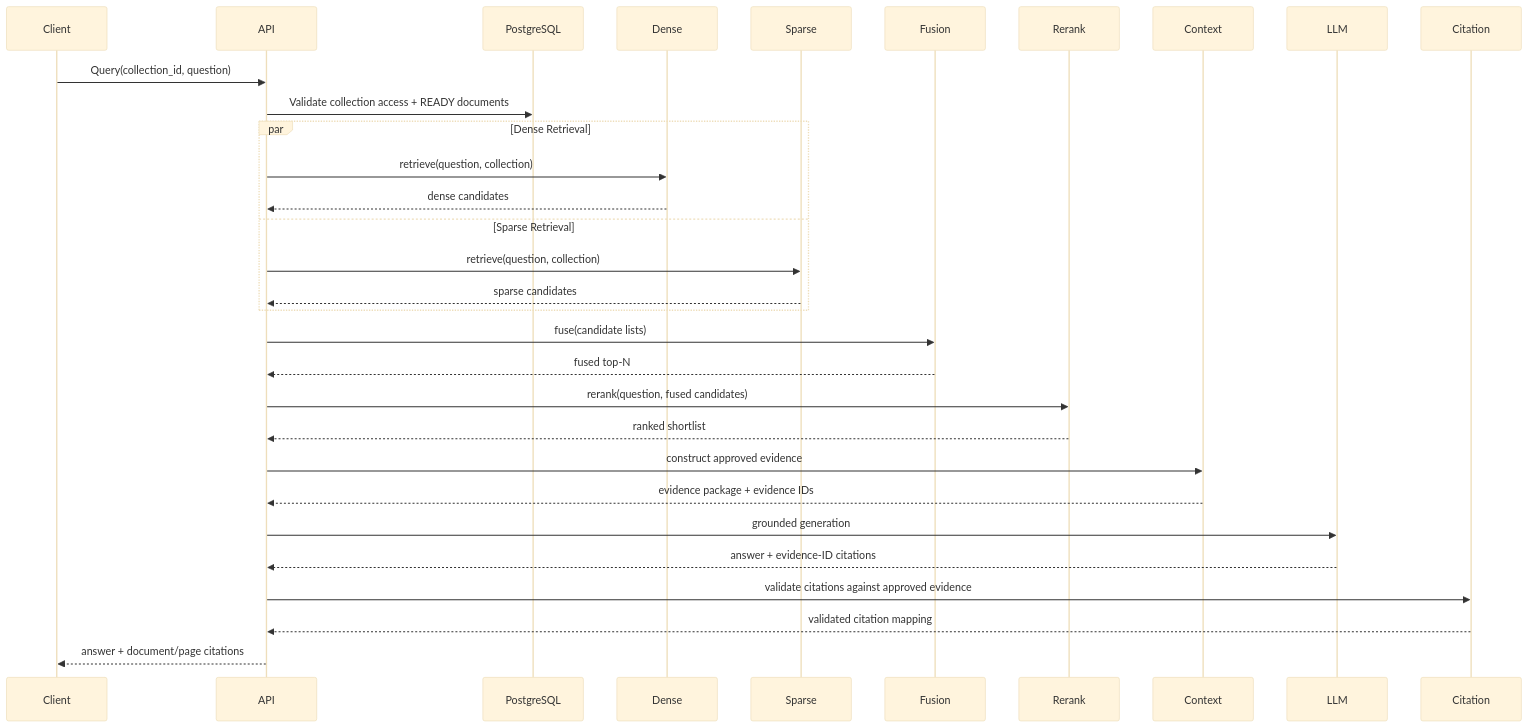
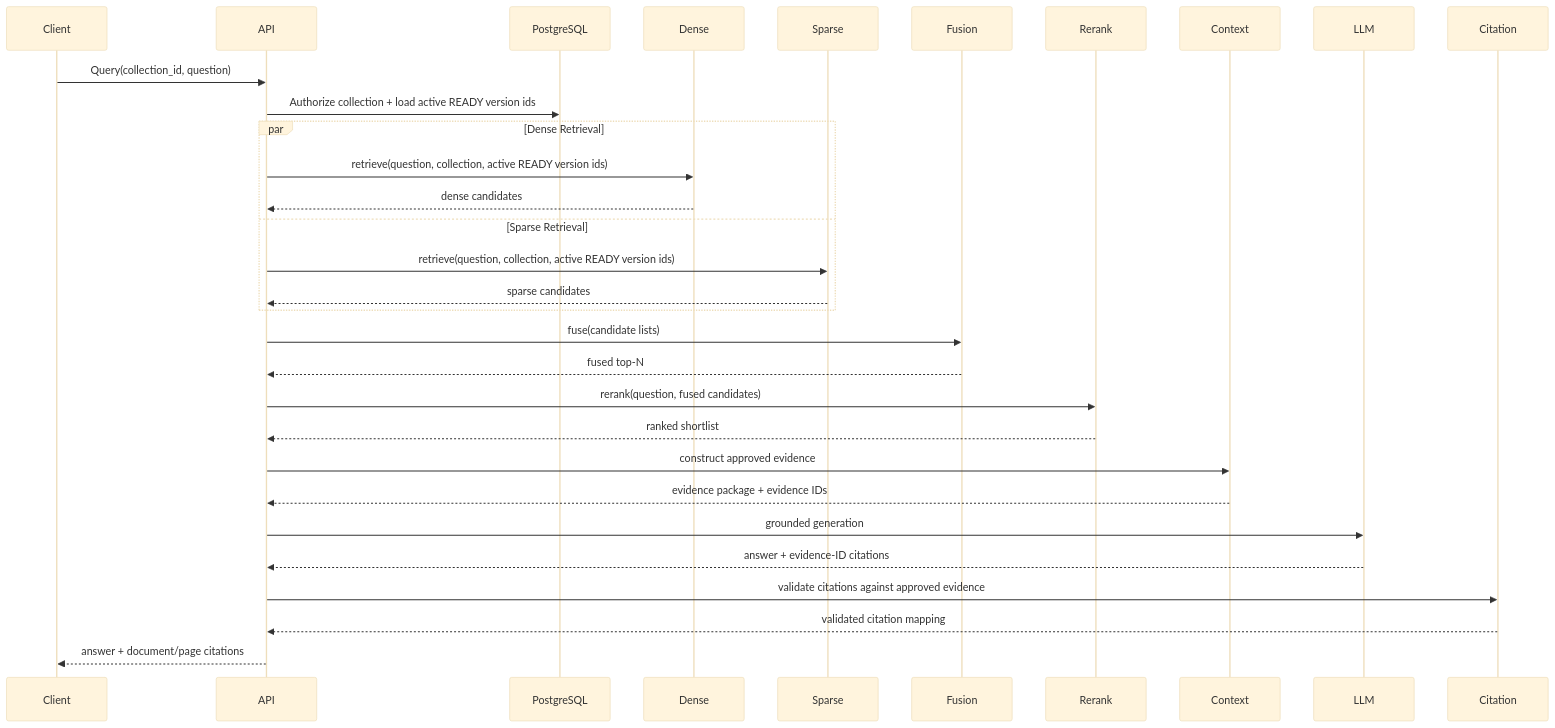
Before and after one commit to pranjulya/cited-RAG-Bot: the fourth of 5 diagrams in docs/architecture/HLD.md, drawn with Mermaid (base theme). The commit also changed other lines of this file and 11 other files, not shown here.

````diff
--- a/docs/architecture/HLD.md
+++ b/docs/architecture/HLD.md
@@ -417,36 +418,36 @@
 ```mermaid
 sequenceDiagram
     participant Client
     participant API
     participant PG as PostgreSQL
     participant Dense
     participant Sparse
     participant Fusion
     participant Rerank
     participant Context
     participant LLM
     participant Citation
 
     Client->>API: Query(collection_id, question)
-    API->>PG: Validate collection access + READY documents
+    API->>PG: Authorize collection + load active READY version ids
 
     par Dense Retrieval
-        API->>Dense: retrieve(question, collection)
+        API->>Dense: retrieve(question, collection, active READY version ids)
         Dense-->>API: dense candidates
     and Sparse Retrieval
-        API->>Sparse: retrieve(question, collection)
+        API->>Sparse: retrieve(question, collection, active READY version ids)
         Sparse-->>API: sparse candidates
     end
 
     API->>Fusion: fuse(candidate lists)
     Fusion-->>API: fused top-N
     API->>Rerank: rerank(question, fused candidates)
     Rerank-->>API: ranked shortlist
     API->>Context: construct approved evidence
     Context-->>API: evidence package + evidence IDs
     API->>LLM: grounded generation
     LLM-->>API: answer + evidence-ID citations
     API->>Citation: validate citations against approved evidence
     Citation-->>API: validated citation mapping
     API-->>Client: answer + document/page citations
 ```
````
